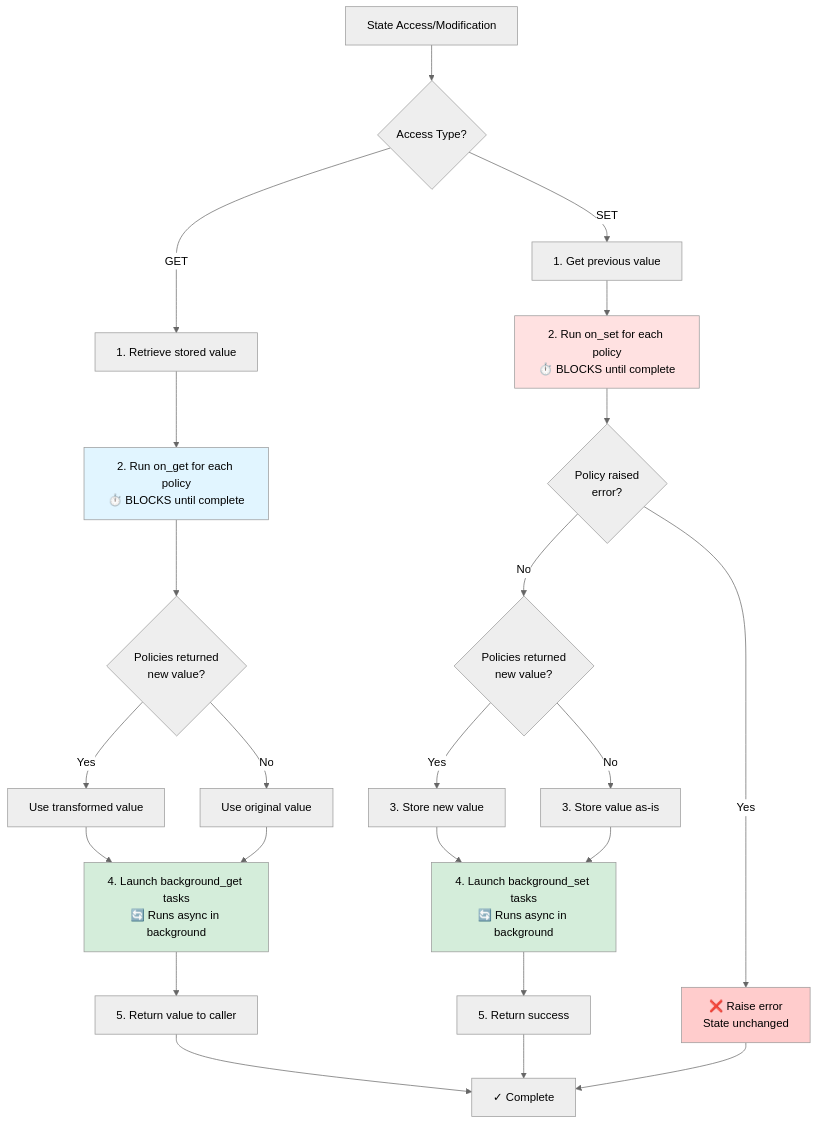
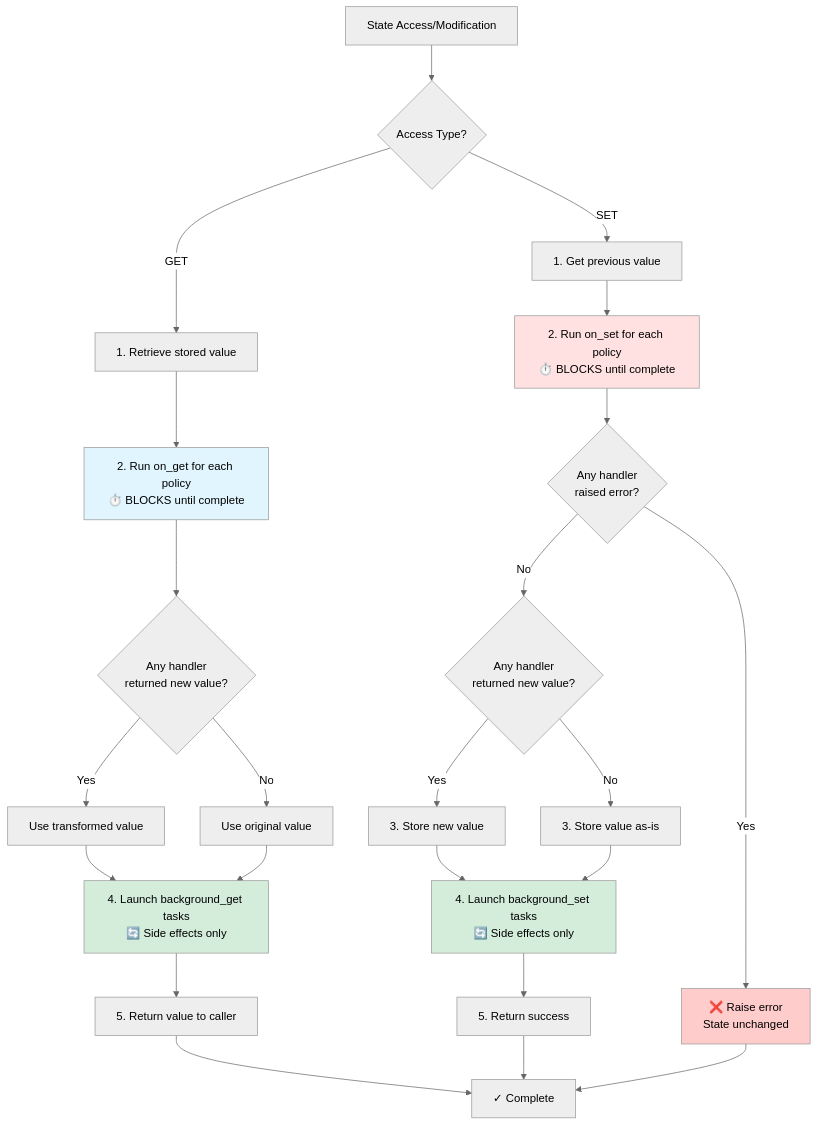
The first of 2 diagrams in docs/policies.md (rmikulec/pyAgentic), drawn with Mermaid (neutral theme) before and after one commit. The commit also changed other lines of this file, not shown here.

````diff
--- a/docs/policies.md
+++ b/docs/policies.md
@@ -163,39 +174,39 @@
 ```mermaid
 flowchart TD
     Start[State Access/Modification] --> Type{Access Type?}
 
     Type -->|GET| GetRetrieve[1. Retrieve stored value]
     Type -->|SET| SetGetPrev[1. Get previous value]
 
     GetRetrieve --> GetSync[2. Run on_get for each policy<br/>⏱️ BLOCKS until complete]
     SetGetPrev --> SetSync[2. Run on_set for each policy<br/>⏱️ BLOCKS until complete]
 
-    GetSync --> GetTransform{Policies returned<br/>new value?}
-    SetSync --> SetValidate{Policy raised<br/>error?}
+    GetSync --> GetTransform{Any handler<br/>returned new value?}
+    SetSync --> SetValidate{Any handler<br/>raised error?}
 
     SetValidate -->|Yes| SetError[❌ Raise error<br/>State unchanged]
-    SetValidate -->|No| SetTransform{Policies returned<br/>new value?}
+    SetValidate -->|No| SetTransform{Any handler<br/>returned new value?}
 
     GetTransform -->|Yes| GetNewVal[Use transformed value]
     GetTransform -->|No| GetOldVal[Use original value]
     SetTransform -->|Yes| SetNewVal[3. Store new value]
     SetTransform -->|No| SetOldVal[3. Store value as-is]
 
-    GetNewVal --> GetBg[4. Launch background_get tasks<br/>🔄 Runs async in background]
+    GetNewVal --> GetBg[4. Launch background_get tasks<br/>🔄 Side effects only]
     GetOldVal --> GetBg
-    SetNewVal --> SetBg[4. Launch background_set tasks<br/>🔄 Runs async in background]
+    SetNewVal --> SetBg[4. Launch background_set tasks<br/>🔄 Side effects only]
     SetOldVal --> SetBg
 
     GetBg --> GetReturn[5. Return value to caller]
     SetBg --> SetReturn[5. Return success]
 
     GetReturn --> End[✓ Complete]
     SetReturn --> End
     SetError --> End
 
     style GetSync fill:#e1f5ff
     style SetSync fill:#ffe1e1
     style GetBg fill:#d4edda
     style SetBg fill:#d4edda
     style SetError fill:#ffcccc
 ```
````
